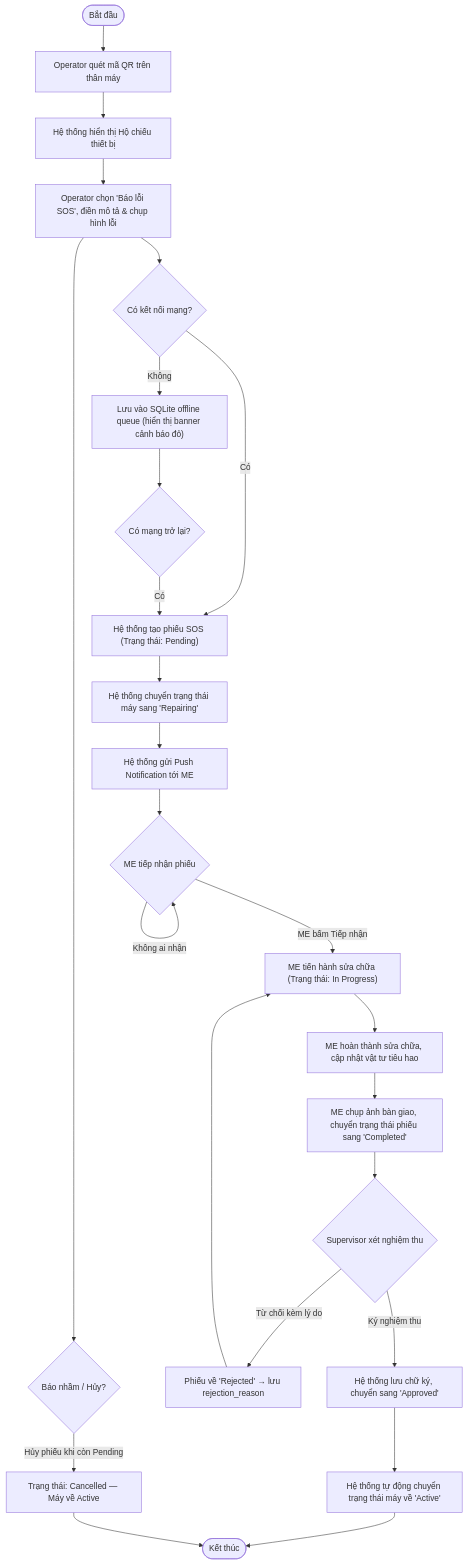
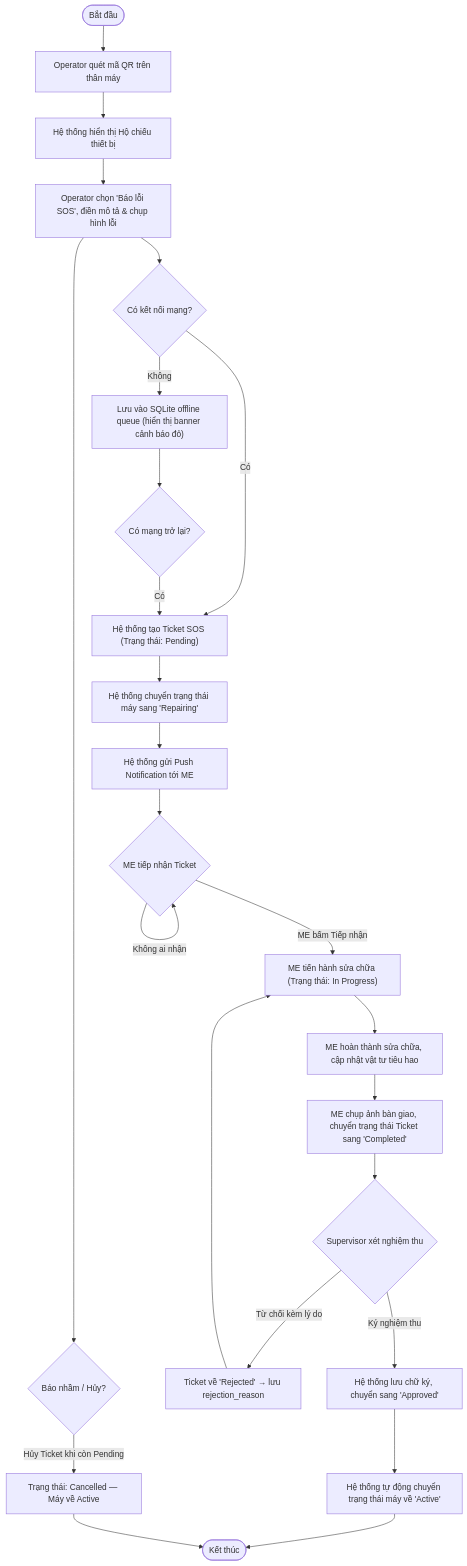
The second of 12 diagrams in system_design.md (pvduy23052005/cse441-mobile-asset-track), drawn with Mermaid before and after one commit. The commit also changed other lines of this file and 3 other files, not shown here.

Commit message:
docs: update project documentation and database schema design specifications

````diff
--- a/system_design.md
+++ b/system_design.md
@@ -88,27 +86,27 @@
 ```mermaid
 flowchart TD
     A([Bắt đầu]) --> B[Operator quét mã QR trên thân máy]
     B --> C[Hệ thống hiển thị Hộ chiếu thiết bị]
     C --> D["Operator chọn 'Báo lỗi SOS', điền mô tả & chụp hình lỗi"]
     D --> E{Có kết nối mạng?}
-    E -- Có --> F["Hệ thống tạo phiếu SOS (Trạng thái: Pending)"]
+    E -- Có --> F["Hệ thống tạo Ticket SOS (Trạng thái: Pending)"]
     E -- Không --> E2["Lưu vào SQLite offline queue (hiển thị banner cảnh báo đỏ)"]
     E2 --> E3{Có mạng trở lại?}
     E3 -- Có --> F
     F --> G["Hệ thống chuyển trạng thái máy sang 'Repairing'"]
     G --> H[Hệ thống gửi Push Notification tới ME]
-    H --> I{ME tiếp nhận phiếu}
+    H --> I{ME tiếp nhận Ticket}
     I -- Không ai nhận --> I
     I -- ME bấm Tiếp nhận --> J["ME tiến hành sửa chữa (Trạng thái: In Progress)"]
     J --> K[ME hoàn thành sửa chữa, cập nhật vật tư tiêu hao]
-    K --> L["ME chụp ảnh bàn giao, chuyển trạng thái phiếu sang 'Completed'"]
+    K --> L["ME chụp ảnh bàn giao, chuyển trạng thái Ticket sang 'Completed'"]
     L --> M{Supervisor xét nghiệm thu}
     M -- Ký nghiệm thu --> N["Hệ thống lưu chữ ký, chuyển sang 'Approved'"]
-    M -- Từ chối kèm lý do --> O["Phiếu về 'Rejected' → lưu rejection_reason"]
+    M -- Từ chối kèm lý do --> O["Ticket về 'Rejected' → lưu rejection_reason"]
     O --> J
     N --> P["Hệ thống tự động chuyển trạng thái máy về 'Active'"]
     P --> Q([Kết thúc])
     D --> R{Báo nhầm / Hủy?}
-    R -- Hủy phiếu khi còn Pending --> S["Trạng thái: Cancelled — Máy về Active"]
+    R -- Hủy Ticket khi còn Pending --> S["Trạng thái: Cancelled — Máy về Active"]
     S --> Q
 ```
````
